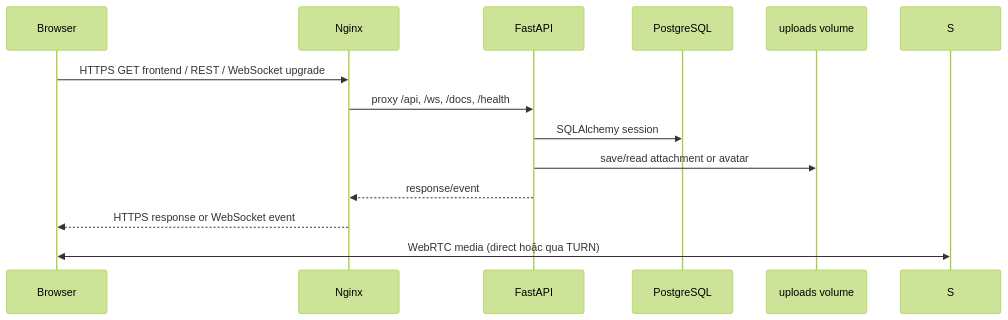
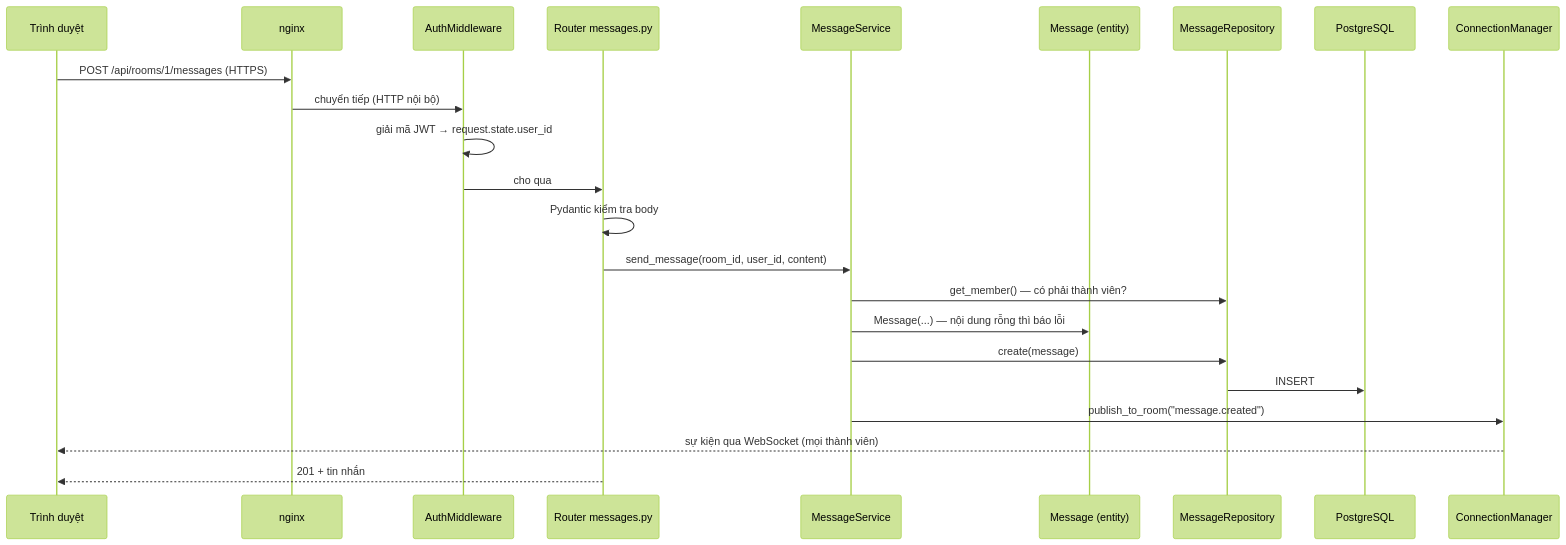
The second of 2 diagrams in docs/01-system-overview.md (Dungx1107/team-chat), drawn with Mermaid (forest theme) before and after one commit. The commit also changed other lines of this file and 16 other files, not shown here.

````diff
--- a/docs/01-system-overview.md
+++ b/docs/01-system-overview.md
@@ -18,15 +100,25 @@
 ```mermaid
 sequenceDiagram
-    participant U as Browser
-    participant N as Nginx
-    participant A as FastAPI
+    participant B as Trình duyệt
+    participant N as nginx
+    participant M as AuthMiddleware
+    participant R as Router messages.py
+    participant S as MessageService
+    participant E as Message (entity)
+    participant P as MessageRepository
     participant D as PostgreSQL
-    participant F as uploads volume
-    U->>N: HTTPS GET frontend / REST / WebSocket upgrade
-    N->>A: proxy /api, /ws, /docs, /health
-    A->>D: SQLAlchemy session
-    A->>F: save/read attachment or avatar
-    A-->>N: response/event
-    N-->>U: HTTPS response or WebSocket event
-    U<<->>S: WebRTC media (direct hoặc qua TURN)
+    participant W as ConnectionManager
+    B->>N: POST /api/rooms/1/messages (HTTPS)
+    N->>M: chuyển tiếp (HTTP nội bộ)
+    M->>M: giải mã JWT → request.state.user_id
+    M->>R: cho qua
+    R->>R: Pydantic kiểm tra body
+    R->>S: send_message(room_id, user_id, content)
+    S->>P: get_member() — có phải thành viên?
+    S->>E: Message(...) — nội dung rỗng thì báo lỗi
+    S->>P: create(message)
+    P->>D: INSERT
+    S->>W: publish_to_room("message.created")
+    W-->>B: sự kiện qua WebSocket (mọi thành viên)
+    R-->>B: 201 + tin nhắn
 ```
````
